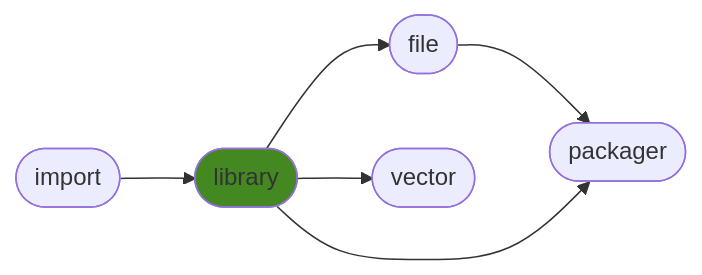
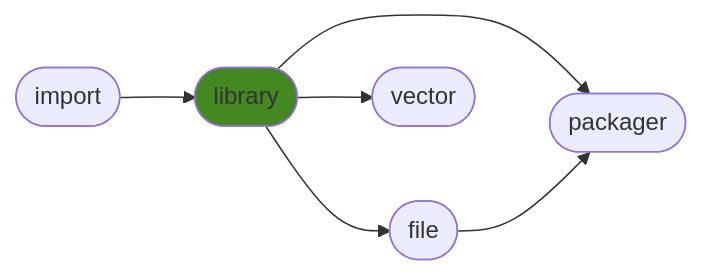
The diagram in README.md (ManderaGeneral/generallibrary), drawn with Mermaid before and after one commit. The commit also changed other lines of this file, not shown here.

````diff
--- a/README.md
+++ b/README.md
@@ -16,14 +16,14 @@
 ```mermaid
 flowchart LR
+0([import]) --> 1([library])
+1([library]) --> 4([packager])
+1([library]) --> 3([vector])
+1([library]) --> 2([file])
 2([file]) --> 4([packager])
-0([import]) --> 1([library])
-1([library]) --> 2([file])
-1([library]) --> 3([vector])
-1([library]) --> 4([packager])
 click 0 "https://github.com/ManderaGeneral/generalimport"
 click 1 "https://github.com/ManderaGeneral/generallibrary"
 click 2 "https://github.com/ManderaGeneral/generalfile"
 click 3 "https://github.com/ManderaGeneral/generalvector"
 click 4 "https://github.com/ManderaGeneral/generalpackager"
 style 1 fill:#482
 ```
````
